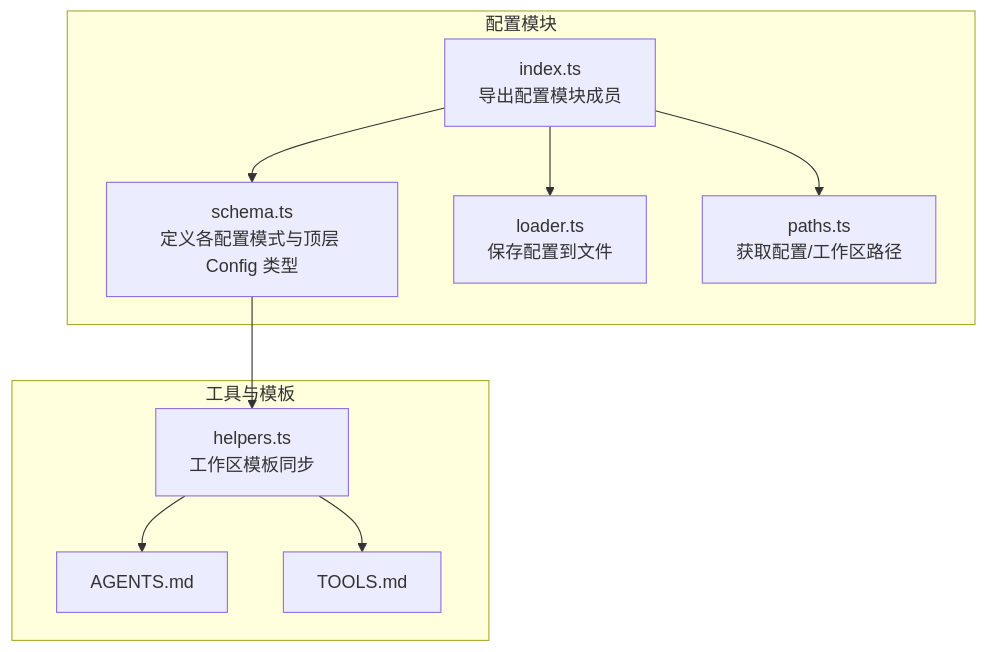
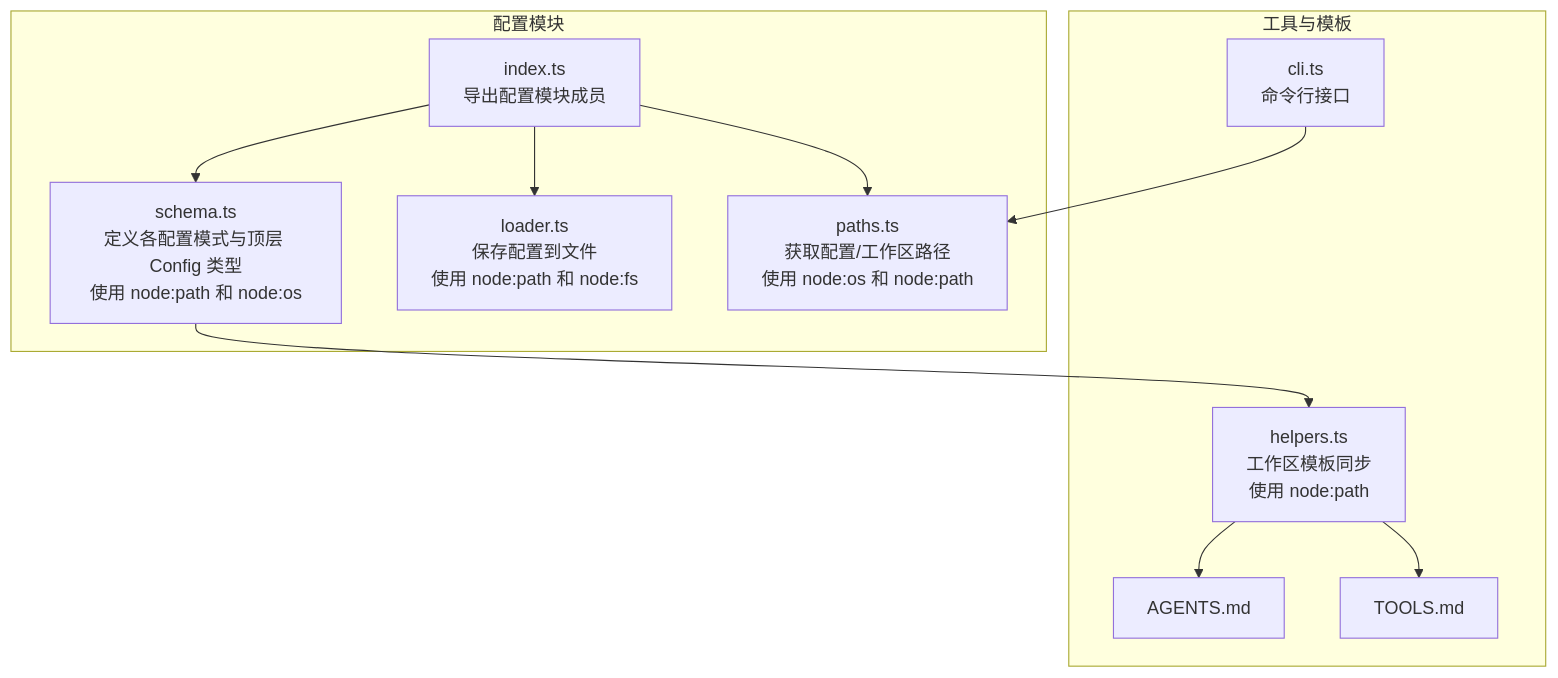
Before and after one commit to neciszhang/batbot: the first of 3 diagrams in .qoder/repowiki/zh/content/配置系统/配置模式定义.md, drawn with Mermaid. The commit also changed other lines of this file and 7 other files, not shown here.

````diff
--- a/.qoder/repowiki/zh/content/配置系统/配置模式定义.md
+++ b/.qoder/repowiki/zh/content/配置系统/配置模式定义.md
@@ -37,20 +46,22 @@
 ```mermaid
 graph TB
 subgraph "配置模块"
-S["schema.ts<br/>定义各配置模式与顶层 Config 类型"]
-L["loader.ts<br/>保存配置到文件"]
-P["paths.ts<br/>获取配置/工作区路径"]
+S["schema.ts<br/>定义各配置模式与顶层 Config 类型<br/>使用 node:path 和 node:os"]
+L["loader.ts<br/>保存配置到文件<br/>使用 node:path 和 node:fs"]
+P["paths.ts<br/>获取配置/工作区路径<br/>使用 node:os 和 node:path"]
 I["index.ts<br/>导出配置模块成员"]
 end
 subgraph "工具与模板"
-H["helpers.ts<br/>工作区模板同步"]
+H["helpers.ts<br/>工作区模板同步<br/>使用 node:path"]
+CLI["cli.ts<br/>命令行接口"]
 T1["AGENTS.md"]
 T2["TOOLS.md"]
 end
 I --> S
 I --> L
 I --> P
 S --> H
 H --> T1
 H --> T2
+CLI --> P
 ```
````
